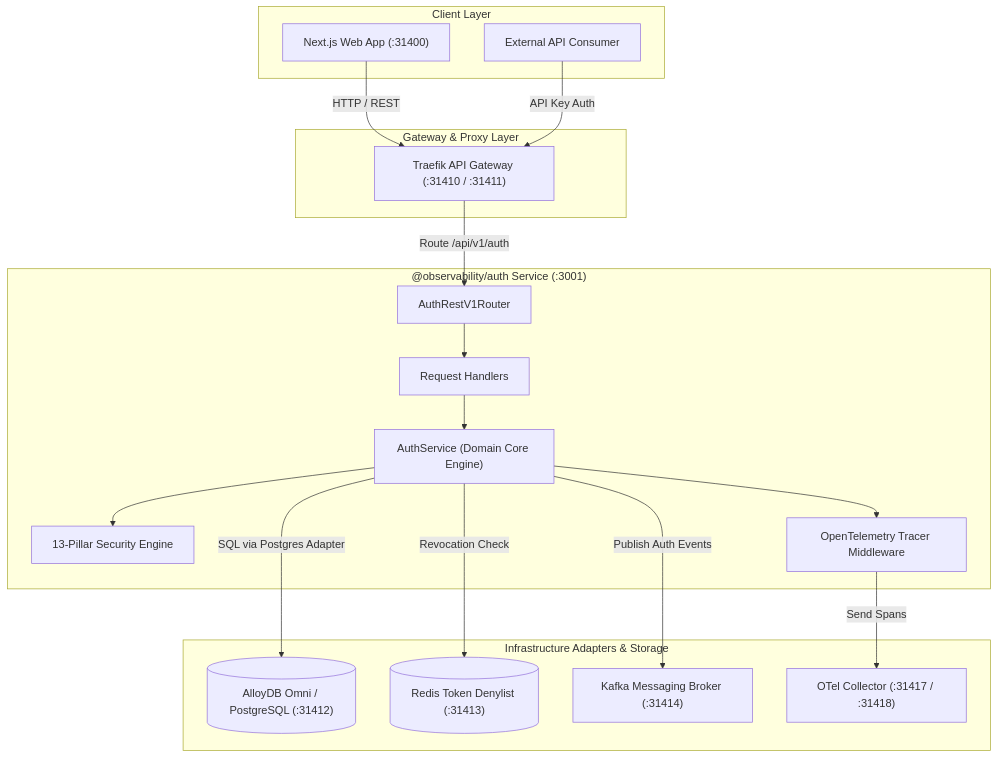
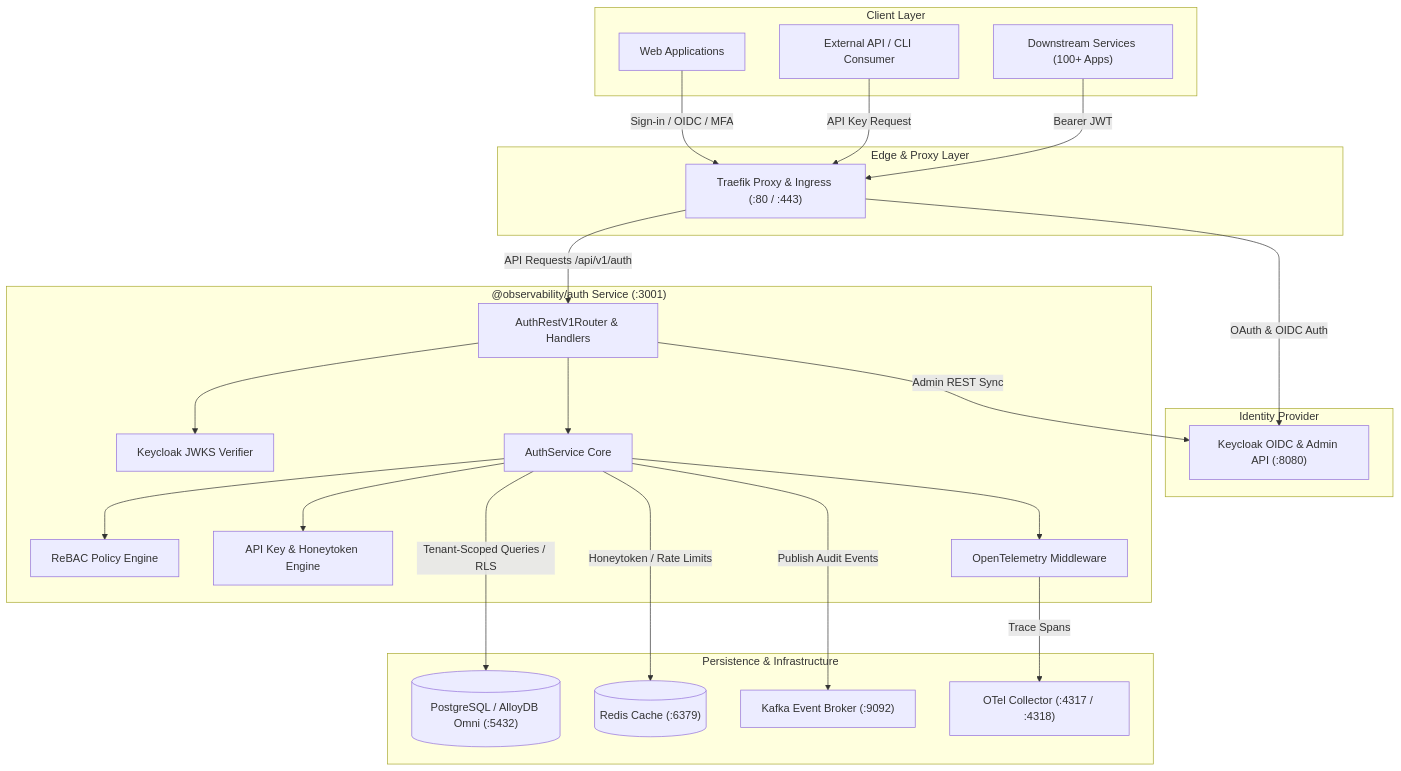
Before and after one commit to Scaibu/auth: the first of 2 diagrams in README.md, drawn with Mermaid. The commit also changed other lines of this file and 48 other files, not shown here.

Commit message:
feat(security): implement P0 non-superuser RLS, bounded revocation, audience scoping & ADR 0044

````diff
--- a/README.md
+++ b/README.md
@@ -47,41 +55,52 @@
 ```mermaid
 flowchart TD
     subgraph Clients["Client Layer"]
-        WebApp["Next.js Web App (:31400)"]
-        ExternalAPI["External API Consumer"]
+        WebApp["Web Applications"]
+        ExternalAPI["External API / CLI Consumer"]
+        Microservices["Downstream Services (100+ Apps)"]
     end
 
-    subgraph Gateway["Gateway & Proxy Layer"]
-        Traefik["Traefik API Gateway (:31410 / :31411)"]
+    subgraph Gateway["Edge & Proxy Layer"]
+        Traefik["Traefik Proxy & Ingress (:80 / :443)"]
+    end
+
+    subgraph Identity["Identity Provider"]
+        Keycloak["Keycloak OIDC & Admin API (:8080)"]
     end
 
     subgraph AuthModule["@observability/auth Service (:3001)"]
-        Router["AuthRestV1Router"]
-        Handlers["Request Handlers"]
-        AuthCore["AuthService (Domain Core Engine)"]
-        SecurityEngine["13-Pillar Security Engine"]
-        Tracer["OpenTelemetry Tracer Middleware"]
+        Router["AuthRestV1Router & Handlers"]
+        JWTVerifier["Keycloak JWKS Verifier"]
+        AuthCore["AuthService Core"]
+        ReBAC["ReBAC Policy Engine"]
+        APIKeyEngine["API Key & Honeytoken Engine"]
+        Tracer["OpenTelemetry Middleware"]
 
-        Router --> Handlers
-        Handlers --> AuthCore
-        AuthCore --> SecurityEngine
+        Router --> JWTVerifier
+        Router --> AuthCore
+        AuthCore --> ReBAC
+        AuthCore --> APIKeyEngine
         AuthCore --> Tracer
     end
 
-    subgraph InfrastructureLayer["Infrastructure Adapters & Storage"]
-        AuthDB[("AlloyDB Omni / PostgreSQL (:31412)")]
-        RedisStore[("Redis Token Denylist (:31413)")]
-        KafkaBroker["Kafka Messaging Broker (:31414)"]
-        OTelCollector["OTel Collector (:31417 / :31418)"]
+    subgraph DataLayer["Persistence & Infrastructure"]
+        AuthDB[("PostgreSQL / AlloyDB Omni (:5432)")]
+        RedisStore[("Redis Cache (:6379)")]
+        KafkaBroker["Kafka Event Broker (:9092)"]
+        OTelCollector["OTel Collector (:4317 / :4318)"]
     end
 
-    %% Flow connections
-    WebApp -->|HTTP / REST| Traefik
-    ExternalAPI -->|API Key Auth| Traefik
-    Traefik -->|Route /api/v1/auth| Router
+    %% Flows
+    WebApp -->|Sign-in / OIDC / MFA| Traefik
+    ExternalAPI -->|API Key Request| Traefik
+    Microservices -->|Bearer JWT| Traefik
 
-    AuthCore -->|SQL via Postgres Adapter| AuthDB
-    AuthCore -->|Revocation Check| RedisStore
-    AuthCore -->|Publish Auth Events| KafkaBroker
-    Tracer -->|Send Spans| OTelCollector
+    Traefik -->|OAuth & OIDC Auth| Keycloak
+    Traefik -->|API Requests /api/v1/auth| Router
+
+    Router -->|Admin REST Sync| Keycloak
+    AuthCore -->|Tenant-Scoped Queries / RLS| AuthDB
+    AuthCore -->|Honeytoken / Rate Limits| RedisStore
+    AuthCore -->|Publish Audit Events| KafkaBroker
+    Tracer -->|Trace Spans| OTelCollector
 ```
````
